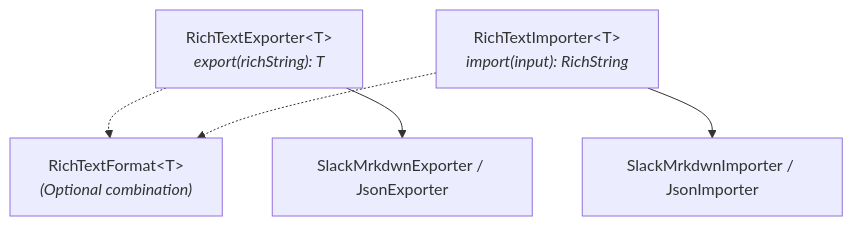
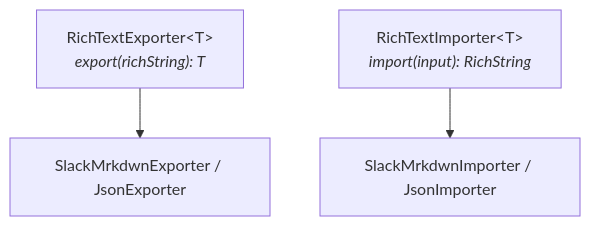
Before and after one commit to mkeeda/arranger: the diagram in docs/interop/custom-formats.md, drawn with Mermaid. The commit also changed other lines of this file and 3 other files, not shown here.

First line of the commit message:
docs: update serialization architecture guides to reflect independent exporter and importer APIs

````diff
--- a/docs/interop/custom-formats.md
+++ b/docs/interop/custom-formats.md
@@ -5,12 +5,8 @@
 ```mermaid
 flowchart TD
     Exporter["RichTextExporter&lt;T&gt;<br><i>export(richString): T</i>"]
     Importer["RichTextImporter&lt;T&gt;<br><i>import(input): RichString</i>"]
-    Format["RichTextFormat&lt;T&gt;<br><i>(Optional combination)</i>"]
-
-    Exporter -.-> Format
-    Importer -.-> Format
 
     Exporter --> CustomExporter["SlackMrkdwnExporter / JsonExporter"]
     Importer --> CustomImporter["SlackMrkdwnImporter / JsonImporter"]
 ```
````
